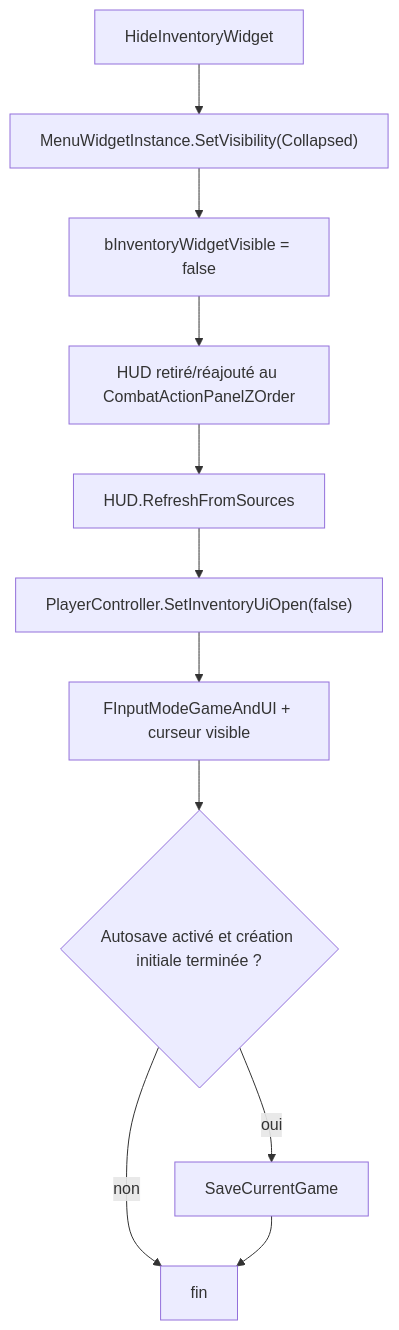
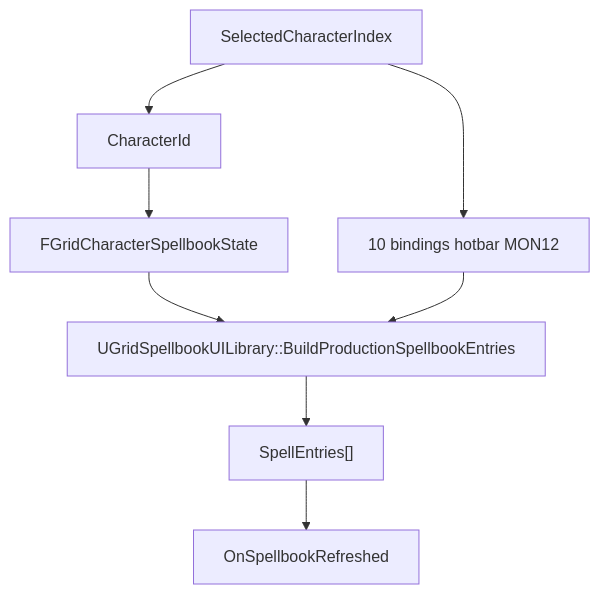
The fourth of 4 diagrams in docs/Design/UI_GRIMROCK_MENU_CURRENT.md (PhilippeMartin1964/GrimrockPrototype), drawn with Mermaid before and after one commit. The commit also changed other lines of this file and 6 other files, not shown here.

````diff
--- a/docs/Design/UI_GRIMROCK_MENU_CURRENT.md
+++ b/docs/Design/UI_GRIMROCK_MENU_CURRENT.md
@@ -638,13 +538,10 @@
 ```mermaid
 flowchart TD
-    A["HideInventoryWidget"] --> B["MenuWidgetInstance.SetVisibility(Collapsed)"]
-    B --> C["bInventoryWidgetVisible = false"]
-    C --> D["HUD retiré/réajouté au CombatActionPanelZOrder"]
-    D --> E["HUD.RefreshFromSources"]
-    E --> F["PlayerController.SetInventoryUiOpen(false)"]
-    F --> G["FInputModeGameAndUI + curseur visible"]
-    G --> H{"Autosave activé et création initiale terminée ?"}
-    H -->|oui| I["SaveCurrentGame"]
-    H -->|non| J["fin"]
-    I --> J
+    A["SelectedCharacterIndex"] --> B["CharacterId"]
+    B --> C["FGridCharacterSpellbookState"]
+    A --> D["10 bindings hotbar MON12"]
+    C --> E["UGridSpellbookUILibrary::BuildProductionSpellbookEntries"]
+    D --> E
+    E --> F["SpellEntries[]"]
+    F --> G["OnSpellbookRefreshed"]
 ```
````
